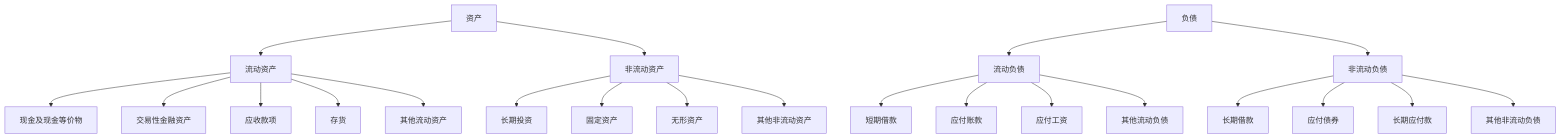
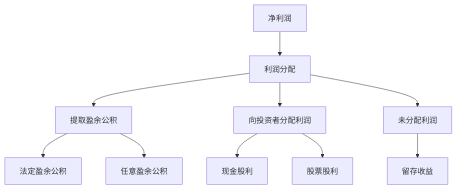
The seventh of 10 diagrams in 会计学/01-基础认知层/会计要素与等式/03-要素关系图解.md (Anping2017/obsidian), drawn with Mermaid before and after one commit. The commit also changed other lines of this file and 22 other files, not shown here.

````diff
--- a/会计学/01-基础认知层/会计要素与等式/03-要素关系图解.md
+++ b/会计学/01-基础认知层/会计要素与等式/03-要素关系图解.md
@@ -206,29 +160,16 @@
 ```mermaid
 graph TD
-    A[资产] --> B[流动资产]
-    A --> C[非流动资产]
+    A[净利润] --> B[利润分配]
     
-    B --> D[现金及现金等价物]
-    B --> E[交易性金融资产]
-    B --> F[应收款项]
-    B --> G[存货]
-    B --> H[其他流动资产]
+    B --> C[提取盈余公积]
+    B --> D[向投资者分配利润]
+    B --> E[未分配利润]
     
-    C --> I[长期投资]
-    C --> J[固定资产]
-    C --> K[无形资产]
-    C --> L[其他非流动资产]
+    C --> F[法定盈余公积]
+    C --> G[任意盈余公积]
     
-    M[负债] --> N[流动负债]
-    M --> O[非流动负债]
+    D --> H[现金股利]
+    D --> I[股票股利]
     
-    N --> P[短期借款]
-    N --> Q[应付账款]
-    N --> R[应付工资]
-    N --> S[其他流动负债]
-    
-    O --> T[长期借款]
-    O --> U[应付债券]
-    O --> V[长期应付款]
-    O --> W[其他非流动负债]
+    E --> J[留存收益]
 ```
````
